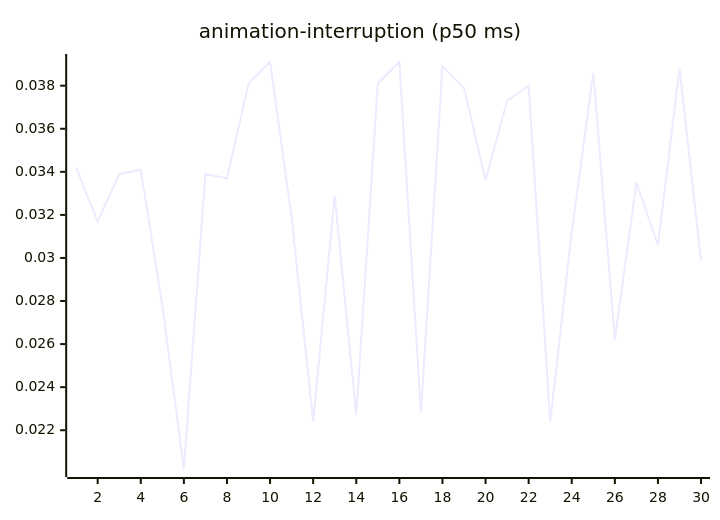
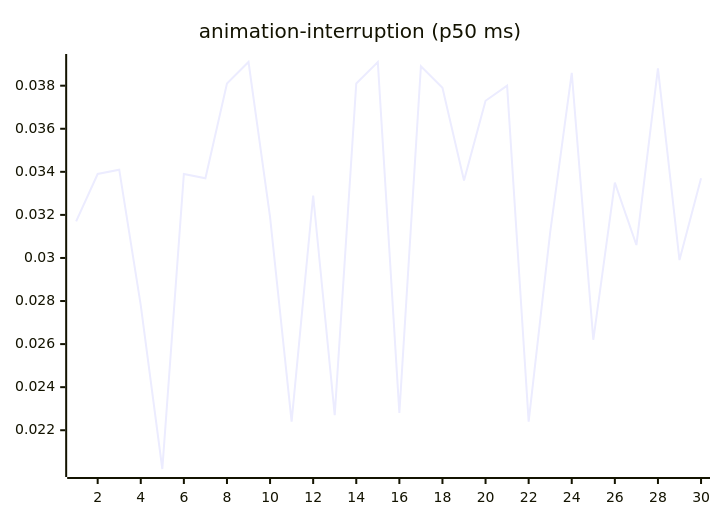
One commit to josha/Facet changed the third of 27 diagrams in README.md. Above: the diagram before and after it, drawn with Mermaid. The commit also changed other lines of this file and 2 other files, not shown here.

````diff
--- a/README.md
+++ b/README.md
@@ -77,6 +77,6 @@
 ```mermaid
 xychart-beta
     title "animation-interruption (p50 ms)"
     x-axis 1 --> 30
-    line [0.0342, 0.0317, 0.0339, 0.0341, 0.0278, 0.0202, 0.0339, 0.0337, 0.0381, 0.0391, 0.0319, 0.0224, 0.0329, 0.0227, 0.0381, 0.0391, 0.0228, 0.0389, 0.0379, 0.0336, 0.0373, 0.0380, 0.0224, 0.0312, 0.0386, 0.0262, 0.0335, 0.0306, 0.0388, 0.0299]
+    line [0.0317, 0.0339, 0.0341, 0.0278, 0.0202, 0.0339, 0.0337, 0.0381, 0.0391, 0.0319, 0.0224, 0.0329, 0.0227, 0.0381, 0.0391, 0.0228, 0.0389, 0.0379, 0.0336, 0.0373, 0.0380, 0.0224, 0.0312, 0.0386, 0.0262, 0.0335, 0.0306, 0.0388, 0.0299, 0.0337]
 ```
````
